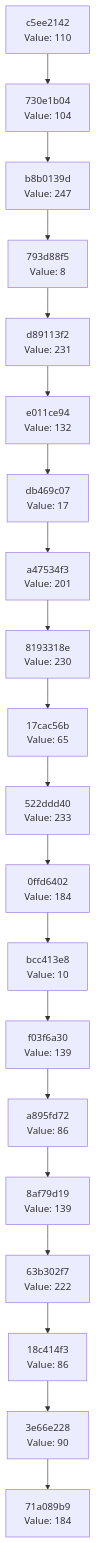
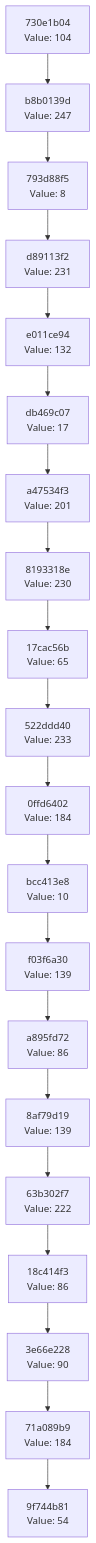
The diagram in docs/CHAIN_VISUALIZATION.md (Abhisheksinha1506/hash-chain-evolver), drawn with Mermaid before and after one commit. The commit also changed 2 other files, not shown here.

Commit message:
Evolution Step

````diff
--- a/docs/CHAIN_VISUALIZATION.md
+++ b/docs/CHAIN_VISUALIZATION.md
@@ -3,42 +3,42 @@
 ```mermaid
 graph TD
-    C0["71a089b9<br/>Value: 184"]
-    C1["3e66e228<br/>Value: 90"]
+    C0["9f744b81<br/>Value: 54"]
+    C1["71a089b9<br/>Value: 184"]
     C1 --> C0
-    C2["18c414f3<br/>Value: 86"]
+    C2["3e66e228<br/>Value: 90"]
     C2 --> C1
-    C3["63b302f7<br/>Value: 222"]
+    C3["18c414f3<br/>Value: 86"]
     C3 --> C2
-    C4["8af79d19<br/>Value: 139"]
+    C4["63b302f7<br/>Value: 222"]
     C4 --> C3
-    C5["a895fd72<br/>Value: 86"]
+    C5["8af79d19<br/>Value: 139"]
     C5 --> C4
-    C6["f03f6a30<br/>Value: 139"]
+    C6["a895fd72<br/>Value: 86"]
     C6 --> C5
-    C7["bcc413e8<br/>Value: 10"]
+    C7["f03f6a30<br/>Value: 139"]
     C7 --> C6
-    C8["0ffd6402<br/>Value: 184"]
+    C8["bcc413e8<br/>Value: 10"]
     C8 --> C7
-    C9["522ddd40<br/>Value: 233"]
+    C9["0ffd6402<br/>Value: 184"]
     C9 --> C8
-    C10["17cac56b<br/>Value: 65"]
+    C10["522ddd40<br/>Value: 233"]
     C10 --> C9
-    C11["8193318e<br/>Value: 230"]
+    C11["17cac56b<br/>Value: 65"]
     C11 --> C10
-    C12["a47534f3<br/>Value: 201"]
+    C12["8193318e<br/>Value: 230"]
     C12 --> C11
-    C13["db469c07<br/>Value: 17"]
+    C13["a47534f3<br/>Value: 201"]
     C13 --> C12
-    C14["e011ce94<br/>Value: 132"]
+    C14["db469c07<br/>Value: 17"]
     C14 --> C13
-    C15["d89113f2<br/>Value: 231"]
+    C15["e011ce94<br/>Value: 132"]
     C15 --> C14
-    C16["793d88f5<br/>Value: 8"]
+    C16["d89113f2<br/>Value: 231"]
     C16 --> C15
-    C17["b8b0139d<br/>Value: 247"]
+    C17["793d88f5<br/>Value: 8"]
     C17 --> C16
-    C18["730e1b04<br/>Value: 104"]
+    C18["b8b0139d<br/>Value: 247"]
     C18 --> C17
-    C19["c5ee2142<br/>Value: 110"]
+    C19["730e1b04<br/>Value: 104"]
     C19 --> C18
 ```
````
